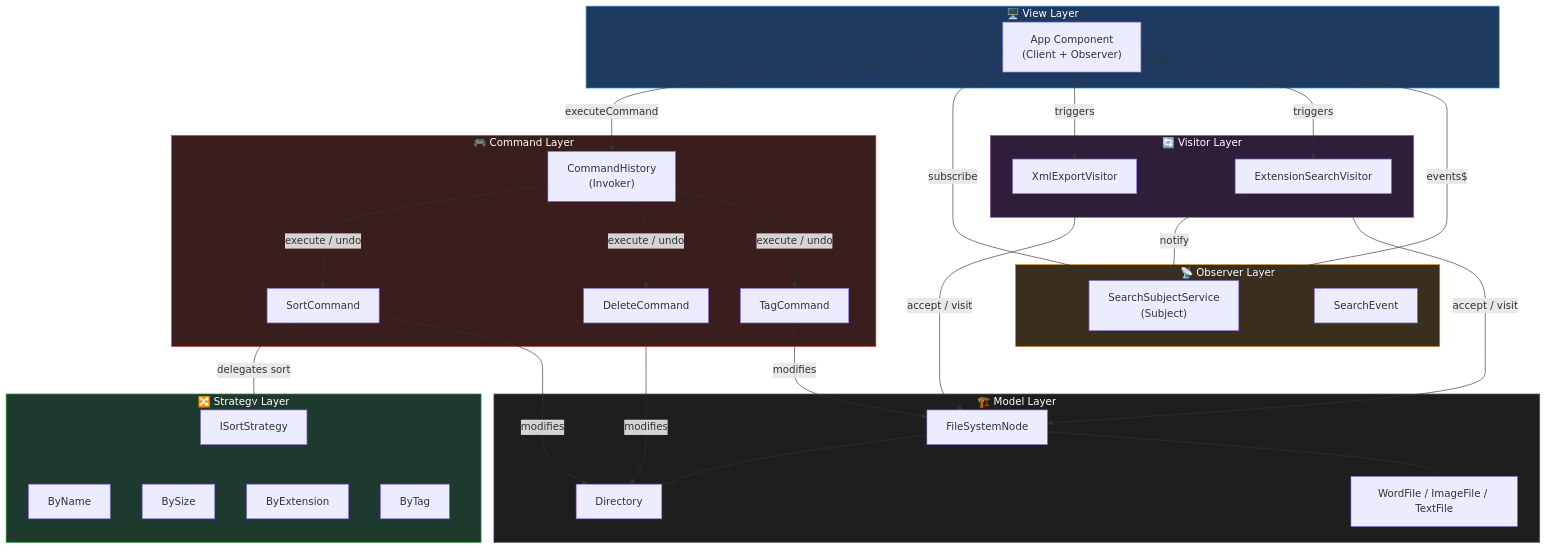
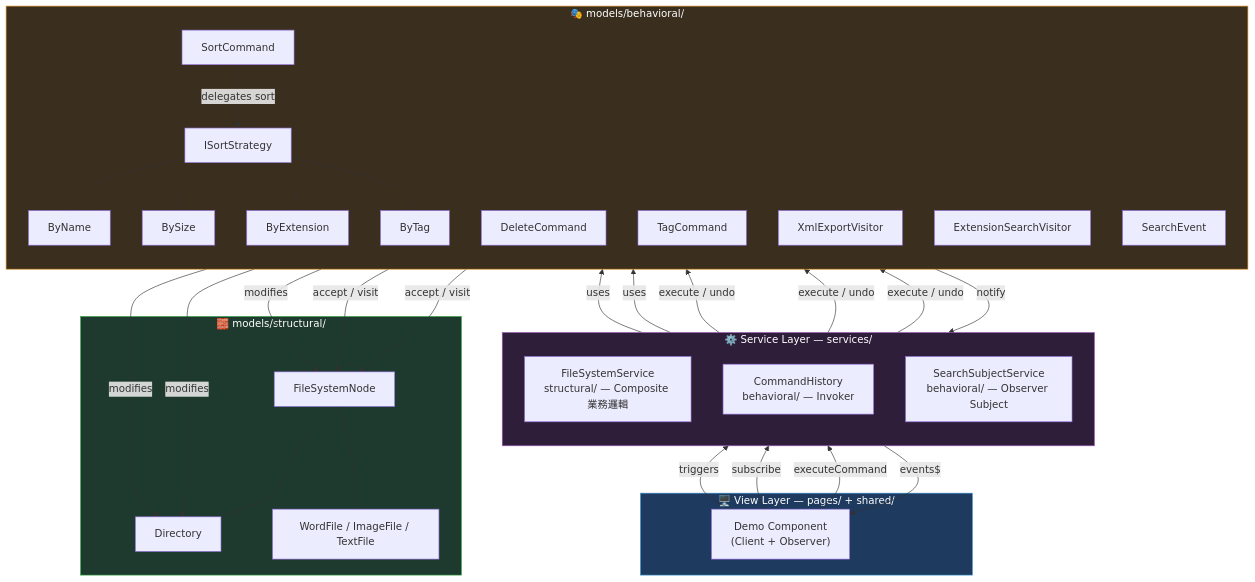
One commit to Sean11133/XD changed the fourth of 4 diagrams in README.md. Above: the diagram before and after it, drawn with Mermaid. The commit also changed other lines of this file and 60 other files, not shown here.

````diff
--- a/README.md
+++ b/README.md
@@ -975,60 +882,53 @@
 ```mermaid
 flowchart TB
-    subgraph View["🖥️ View Layer"]
-        App["App Component<br/>(Client + Observer)"]
+    subgraph View["🖥️ View Layer — pages/ + shared/"]
+        App["Demo Component<br/>(Client + Observer)"]
     end
 
-    subgraph Command["🎮 Command Layer"]
-        CH["CommandHistory<br/>(Invoker)"]
+    subgraph Service["⚙️ Service Layer — services/"]
+        direction TB
+        FS["FileSystemService<br/>structural/ — Composite 業務邏輯"]
+        CH["CommandHistory<br/>behavioral/ — Invoker"]
+        SSS["SearchSubjectService<br/>behavioral/ — Observer Subject"]
+    end
+
+    subgraph Model_S["🧱 models/structural/"]
+        FSN["FileSystemNode"]
+        DIR["Directory"]
+        LEAF["WordFile / ImageFile / TextFile"]
+    end
+
+    subgraph Model_B["🎭 models/behavioral/"]
+        direction TB
         SC["SortCommand"]
         DC["DeleteCommand"]
         TC["TagCommand"]
-    end
-
-    subgraph Strategy["🔀 Strategy Layer"]
         ISS["ISortStrategy"]
-        BN["ByName"]
-        BS["BySize"]
-        BE["ByExtension"]
-        BT["ByTag"]
-    end
-
-    subgraph Observer["📡 Observer Layer"]
-        SSS["SearchSubjectService<br/>(Subject)"]
-        SE["SearchEvent"]
-    end
-
-    subgraph Visitor["🔄 Visitor Layer"]
+        BN["ByName"] & BS["BySize"] & BE["ByExtension"] & BT["ByTag"]
         XV["XmlExportVisitor"]
         ESV["ExtensionSearchVisitor"]
-    end
-
-    subgraph Model["🏗️ Model Layer"]
-        FSN["FileSystemNode"]
-        DIR["Directory"]
-        LEAF["WordFile / ImageFile / TextFile"]
+        SE["SearchEvent"]
     end
 
     App -->|executeCommand| CH
     CH -->|execute / undo| SC & DC & TC
     SC -->|delegates sort| ISS
     ISS --- BN & BS & BE & BT
 
     App -->|subscribe| SSS
     SSS -->|events$| App
     ESV -->|notify| SSS
 
-    App -->|triggers| XV & ESV
+    App -->|triggers| FS
+    FS -->|uses| XV & ESV
     XV & ESV -->|accept / visit| FSN
     FSN --- DIR & LEAF
 
     SC & DC -->|modifies| DIR
     TC -->|modifies| FSN
 
     style View fill:#1e3a5f,stroke:#3794d4,color:#fff
-    style Command fill:#3a1e1e,stroke:#d44,color:#fff
-    style Strategy fill:#1e3a2e,stroke:#2da042,color:#fff
-    style Observer fill:#3a2e1e,stroke:#d18616,color:#fff
-    style Visitor fill:#2e1e3a,stroke:#9b59b6,color:#fff
-    style Model fill:#1e1e1e,stroke:#666,color:#fff
+    style Service fill:#2e1e3a,stroke:#9b59b6,color:#fff
+    style Model_S fill:#1e3a2e,stroke:#2da042,color:#fff
+    style Model_B fill:#3a2e1e,stroke:#d18616,color:#fff
 ```
````
